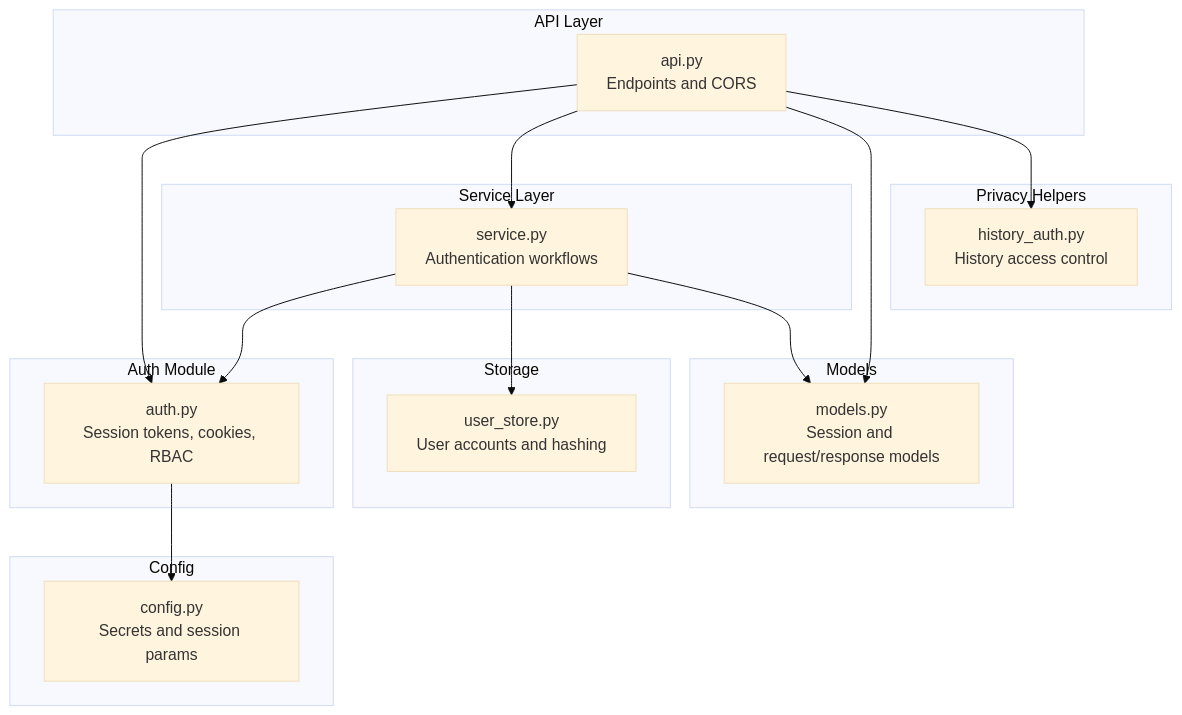
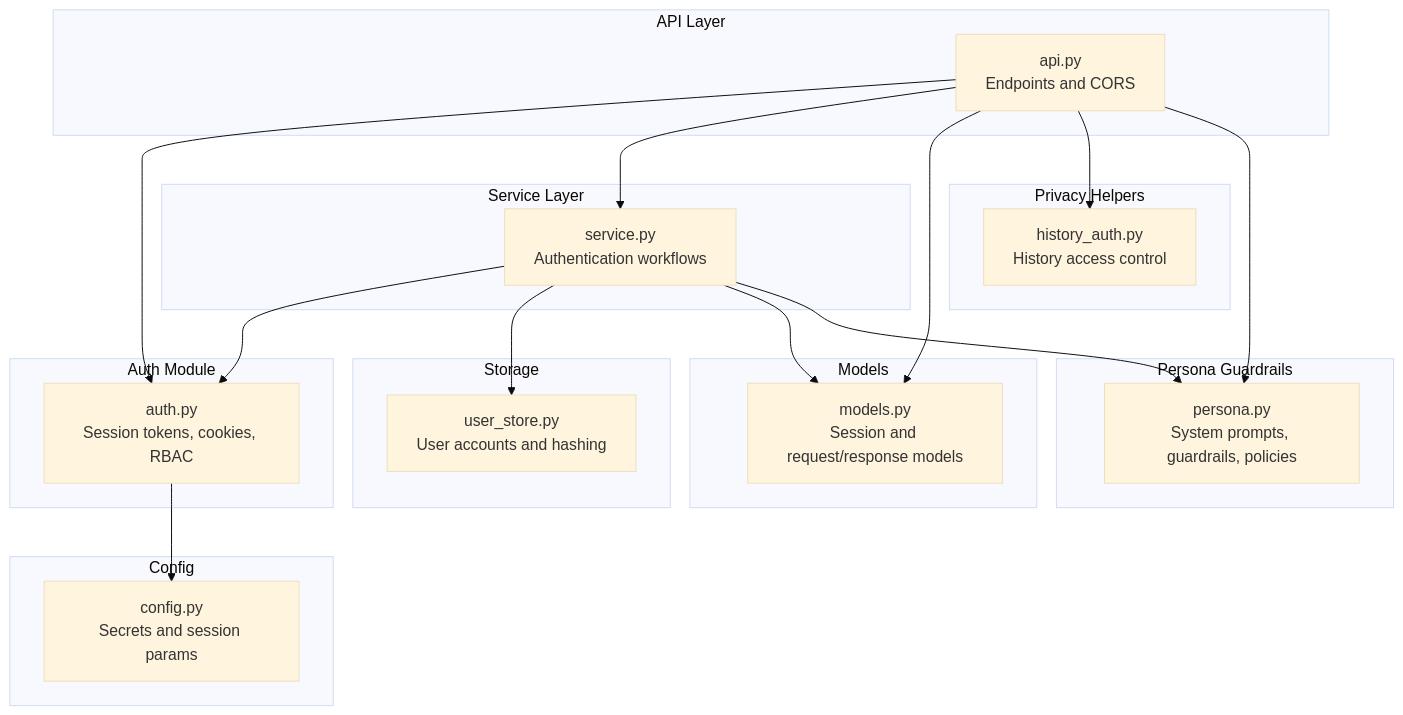
Before and after one commit to intellistream/sage-mate: the first of 9 diagrams in .qoder/repowiki/en/content/Security and Authentication/Security and Authentication.md, drawn with Mermaid (base theme). The commit also changed other lines of this file and 101 other files, not shown here.

````diff
--- a/.qoder/repowiki/en/content/Security and Authentication/Security and Authentication.md
+++ b/.qoder/repowiki/en/content/Security and Authentication/Security and Authentication.md
@@ -49,32 +53,37 @@
 ```mermaid
 graph TB
 subgraph "API Layer"
 A["api.py<br/>Endpoints and CORS"]
 end
 subgraph "Auth Module"
 B["auth.py<br/>Session tokens, cookies, RBAC"]
 end
 subgraph "Service Layer"
 C["service.py<br/>Authentication workflows"]
+end
+subgraph "Persona Guardrails"
+P["persona.py<br/>System prompts, guardrails, policies"]
 end
 subgraph "Storage"
 D["user_store.py<br/>User accounts and hashing"]
 end
 subgraph "Models"
 E["models.py<br/>Session and request/response models"]
 end
 subgraph "Config"
 F["config.py<br/>Secrets and session params"]
 end
 subgraph "Privacy Helpers"
 G["history_auth.py<br/>History access control"]
 end
 A --> B
 A --> C
 B --> F
 C --> B
 C --> D
 C --> E
 A --> E
 A --> G
+A --> P
+C --> P
 ```
````
